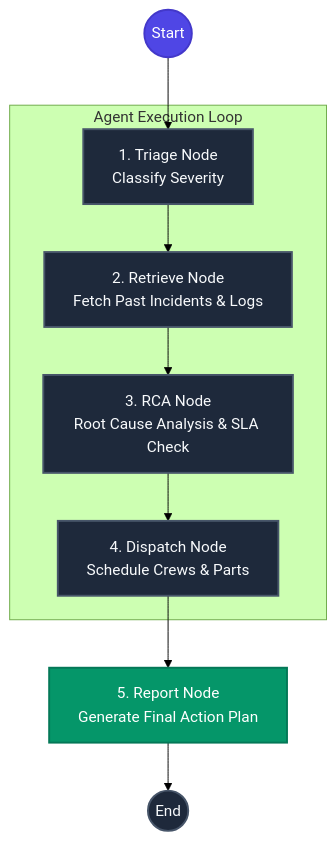
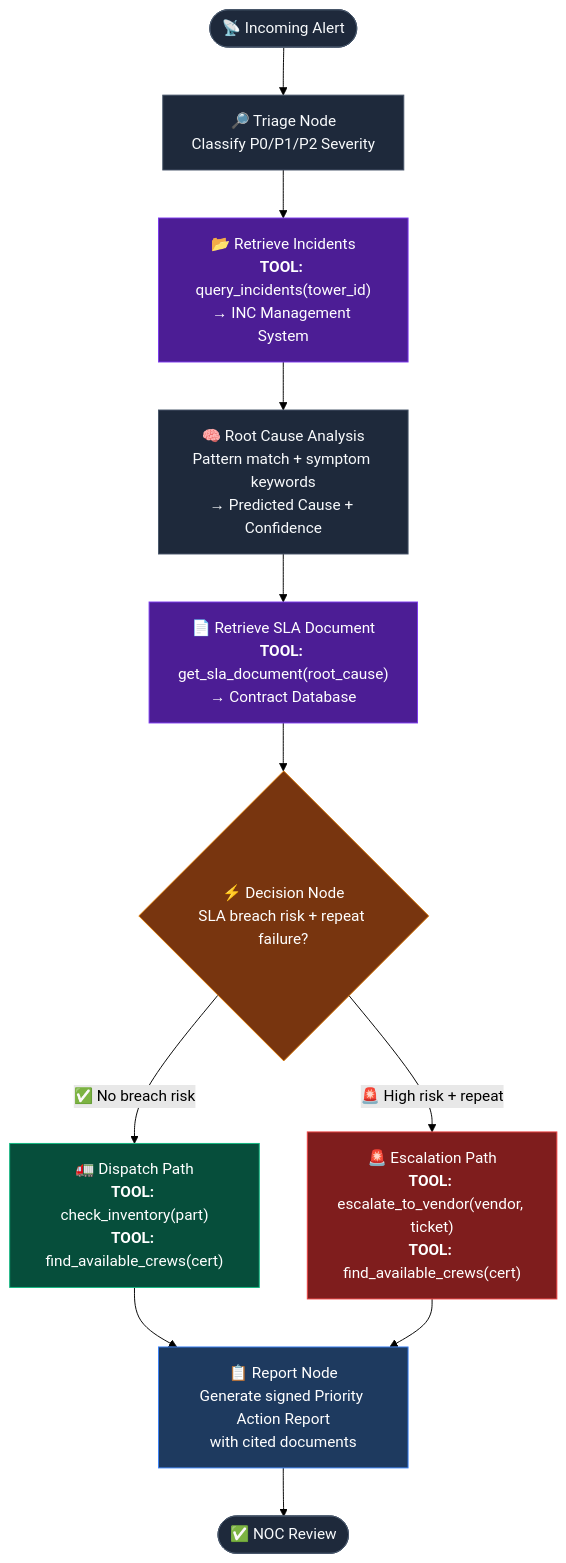
Before and after one commit to geanremona/telecom_agent: the diagram in ARCHITECTURE.md, drawn with Mermaid (forest theme). The commit also changed other lines of this file and 14 other files, not shown here.

````diff
--- a/ARCHITECTURE.md
+++ b/ARCHITECTURE.md
@@ -24,18 +19,30 @@
 ```mermaid
-graph TD
-    classDef default fill:#1E293B,stroke:#475569,stroke-width:2px,color:#F8FAFC;
-    classDef trigger fill:#4F46E5,stroke:#4338CA,stroke-width:2px,color:#fff;
-    classDef report fill:#059669,stroke:#047857,stroke-width:2px,color:#fff;
+flowchart TD
+    classDef default fill:#1E293B,stroke:#475569,color:#F8FAFC
+    classDef retrieval fill:#4C1D95,stroke:#7C3AED,color:#fff
+    classDef decision fill:#78350F,stroke:#D97706,color:#fff
+    classDef dispatch fill:#064E3B,stroke:#10B981,color:#fff
+    classDef escalate fill:#7F1D1D,stroke:#EF4444,color:#fff
+    classDef report fill:#1E3A5F,stroke:#3B82F6,color:#fff
 
-    Start((Start)):::trigger --> Triage
+    Start([📡 Incoming Alert]) --> Triage
     
-    subgraph Agent Execution Loop
-        Triage[1. Triage Node<br/>Classify Severity] --> Retrieve
-        Retrieve[2. Retrieve Node<br/>Fetch Past Incidents & Logs] --> RCA
-        RCA[3. RCA Node<br/>Root Cause Analysis & SLA Check] --> Dispatch
-        Dispatch[4. Dispatch Node<br/>Schedule Crews & Parts]
-    end
-    
-    Dispatch --> Report[5. Report Node<br/>Generate Final Action Plan]:::report
-    Report --> End((End))
+    Triage["🔎 Triage Node<br/>Classify P0/P1/P2 Severity"] --> Retrieve1
+
+    Retrieve1["📂 Retrieve Incidents<br/><b>TOOL:</b> query_incidents(tower_id)<br/>→ INC Management System"]:::retrieval --> RCA
+
+    RCA["🧠 Root Cause Analysis<br/>Pattern match + symptom keywords<br/>→ Predicted Cause + Confidence"] --> Retrieve2
+
+    Retrieve2["📄 Retrieve SLA Document<br/><b>TOOL:</b> get_sla_document(root_cause)<br/>→ Contract Database"]:::retrieval --> Decision
+
+    Decision{"⚡ Decision Node<br/>SLA breach risk + repeat failure?"}:::decision
+
+    Decision -->|"✅ No breach risk"| Dispatch
+    Decision -->|"🚨 High risk + repeat"| Escalate
+
+    Dispatch["🚛 Dispatch Path<br/><b>TOOL:</b> check_inventory(part)<br/><b>TOOL:</b> find_available_crews(cert)"]:::dispatch --> Report
+
+    Escalate["🚨 Escalation Path<br/><b>TOOL:</b> escalate_to_vendor(vendor, ticket)<br/><b>TOOL:</b> find_available_crews(cert)"]:::escalate --> Report
+
+    Report["📋 Report Node<br/>Generate signed Priority Action Report<br/>with cited documents"]:::report --> End([✅ NOC Review])
 ```
````
